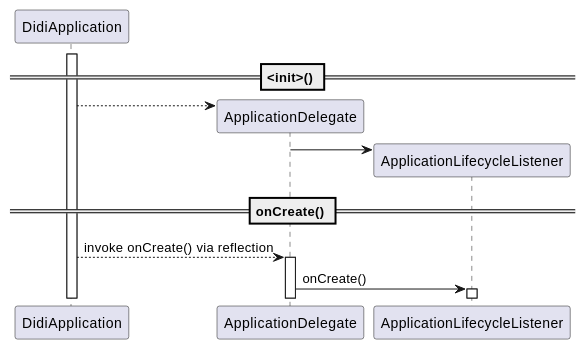
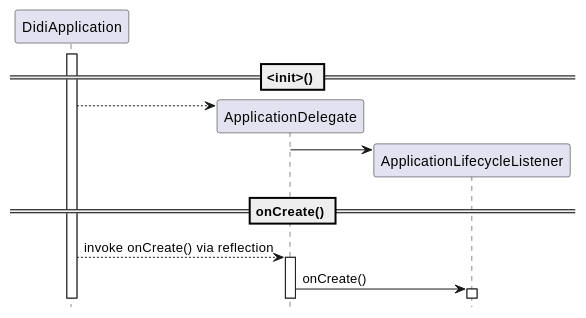
One commit to johnsonlee/blog changed the diagram in source/_posts/working-as-an-architect-at-didi-1.md. Above: the diagram before and after it, drawn with PlantUML.

````diff
--- a/source/_posts/working-as-an-architect-at-didi-1.md
+++ b/source/_posts/working-as-an-architect-at-didi-1.md
@@ -41,15 +41,16 @@
 ```plantuml
 @startuml
+hide footbox
 == <init>() ==
 activate DidiApplication
 create ApplicationDelegate
 DidiApplication --> ApplicationDelegate
 create ApplicationLifecycleListener
 ApplicationDelegate -> ApplicationLifecycleListener
 == onCreate() ==
 DidiApplication --> ApplicationDelegate: invoke onCreate() via reflection
 activate ApplicationDelegate
 ApplicationDelegate -> ApplicationLifecycleListener: onCreate()
 activate ApplicationLifecycleListener
 @enduml
 ```
````
